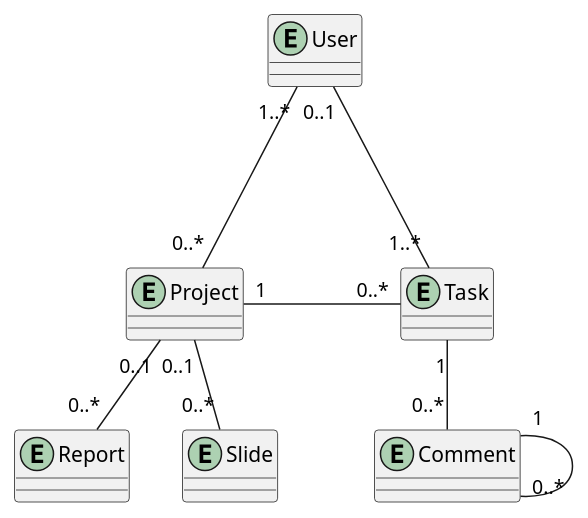
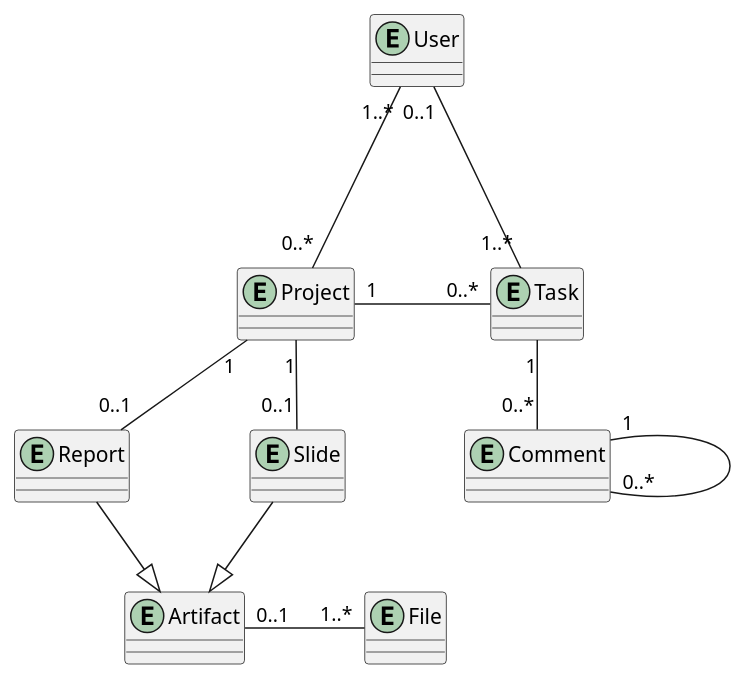
The diagram in docs/source/meth/database/entities/rel.puml (Huy-Ngo/acanban), drawn with PlantUML before and after one commit. The commit also changed 2 other files, not shown here.

```diff
--- a/docs/source/meth/database/entities/rel.puml
+++ b/docs/source/meth/database/entities/rel.puml
@@ -1,18 +1,25 @@
 @startuml
+
+skinparam nodesep 80
 
 entity User
 entity Report
 entity Slide
 entity Project
 entity Task
 entity Comment
+entity Artifact
+entity File
 
 User "1..*" --- "0..*" Project
 User "0..1" --- "1..*" Task
-Project "1" -[norank]--- "0..*" Task
+Project "1" -right- "0..*" Task
 Task "1" -- "0..*" Comment
 Comment "1" --- "0..*" Comment
-Project "0..1" -- "0..*" Report
-Project "0..1" -- "0..*" Slide
+Project "1" -- "0..1" Report
+Project "1" -- "0..1" Slide
+Report --|> Artifact
+Slide --|> Artifact
+Artifact "0..1" -right- "1..*" File
 
 @enduml
```
